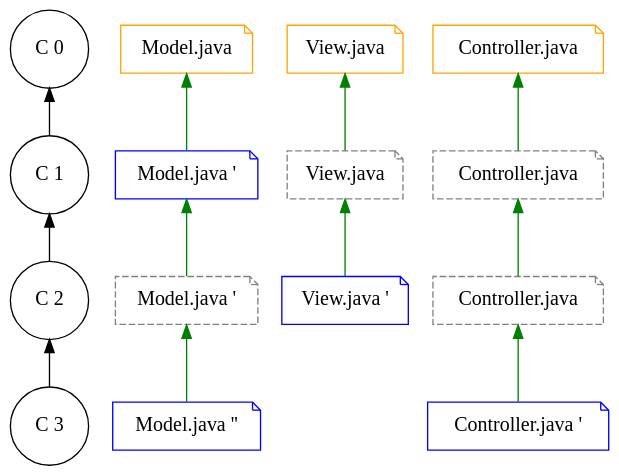
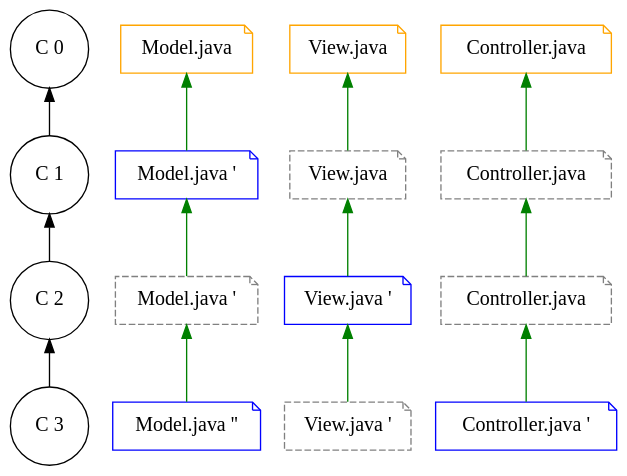
Before and after one commit to Gepardec/git-training: the diagram in slides/intro/src/docs/asciidoc/graphviz/git-data-storage.dot, drawn with Graphviz.

Commit message:
- Fixed image

```diff
--- a/slides/intro/src/docs/asciidoc/graphviz/git-data-storage.dot
+++ b/slides/intro/src/docs/asciidoc/graphviz/git-data-storage.dot
@@ -1,56 +1,57 @@
 digraph git_branch_model {
   splines=line
   rankdir="TB"
   bgcolor="transparent"
 
   /* Commit node config */
   edge[style="",  arrowhead=open]
   node[style="",  fontsize=15.0, shape=circle]
 
   c_1 [label="C 0"]
   c_2 [label="C 1"]
   c_3 [label="C 2"]
   c_4 [label="C 3"]
 
   c_1 -> c_2 -> c_3 -> c_4 [dir=back]
 
   /* File node config */
   edge[style="",  arrowhead=open, dir=back]
   node[style="",  fontsize=15.0, shape=note]
 
   /* initial nodes */
   node[color=orange]
   file_1 [label="Model.java", group="file_1"]
   file_2 [label="View.java", group="file_2"]
   file_3 [label="Controller.java", group="file_3"]
 
   /* changed nodes */
   node[color="blue"]
   file_1_ [label="Model.java '", group="file_1"]
   file_2__ [label="View.java '", group="file_2"]
   file_1___ [label="Model.java ''", group="file_1"]
   file_3___ [label="Controller.java '", group="file_3"]
 
   /* reference nodes */
   node[style=dashed,color=gray]
   file_1__ [label="Model.java '", group="file_1"]
   file_2_ [label="View.java", group="file_2"]
   file_3_ [label="Controller.java", group="file_3"]
   file_3__ [label="Controller.java", group="file_3"]
+  file_2___ [label="View.java '", group="file_2"]
 
   edge[color=green]
   /* 1. Commit */
   file_1 -> file_1_ -> file_1__
 
   /* 2. Commit */
-  file_2 -> file_2_ -> file_2__
+  file_2 -> file_2_ -> file_2__ -> file_2___
 
   /* 3. Commit */
   file_1__ -> file_1___
   file_3 -> file_3_ -> file_3__ -> file_3___
 
   {rank=same; c_1 file_3 file_2 file_1}
   {rank=same; c_2 file_1_}
   {rank=same; c_3 file_2__}
   {rank=same; c_4 file_1___ file_3___}
 }
```
